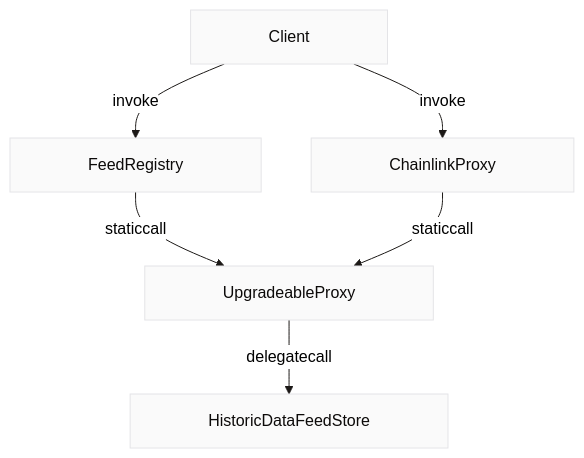
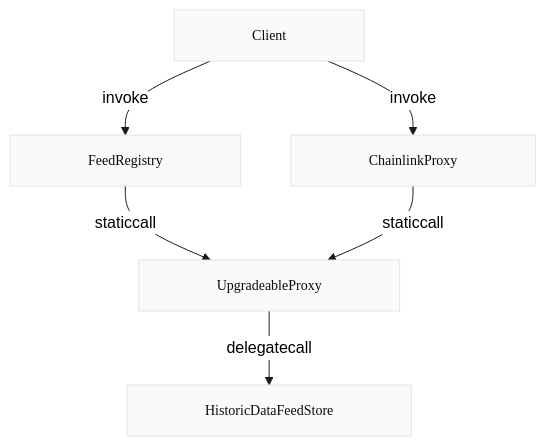
The diagram in apps/docs.blocksense.network/pages/docs/contracts/index.mdx (blocksense-network/blocksense-infra-test), drawn with Mermaid before and after one commit. The commit also changed 36 other files, not shown here.

````diff
--- a/apps/docs.blocksense.network/pages/docs/contracts/index.mdx
+++ b/apps/docs.blocksense.network/pages/docs/contracts/index.mdx
@@ -21,31 +21,31 @@
 ```mermaid
 ---
 config:
     rightAngles: true
     theme: neutral
     primaryColor: "#d0d0d0"
     signalColor: "FF0000"
     signalTextColor: "#808080"
 ---
 graph TD
-    classDef clientNode fill:#fafafa,color:#0c0a09,stroke:#e4e4e7,stroke-width:1px,shadow:2px 2px 5px #888888, display:block, padding:0rem 3rem;
-    classDef feedNode fill:#fafafa,color:#0c0a09,stroke:#e4e4e7,stroke-width:1px,shadow:2px 2px 5px #888888, display:block, padding:0rem 3rem;
-    classDef proxyNode fill:#fafafa,color:#0c0a09,stroke:#e4e4e7,stroke-width:1px,shadow:2px 2px 5px #888888, display:block, padding:0rem 3rem;
-    classDef dataNode fill:#fafafa,color:#0c0a09,stroke:#e4e4e7,stroke-width:1px,shadow:2px 2px 5px #888888, display:block, padding:0rem 3rem;
+    classDef clientNode fill:#fafafa,color:#0c0a09,stroke:#e4e4e7,stroke-width:1px,shadow:2px 2px 5px #888888, display:block, padding:0rem 3rem, font-size: 0.875rem, font-family:'Fira Code', monospace;
+    classDef feedNode fill:#fafafa,color:#0c0a09,stroke:#e4e4e7,stroke-width:1px,shadow:2px 2px 5px #888888, display:block, padding:0rem 3rem, font-size: 0.875rem, font-family:'Fira Code', monospace;
+    classDef proxyNode fill:#fafafa,color:#0c0a09,stroke:#e4e4e7,stroke-width:1px,shadow:2px 2px 5px #888888, display:block, padding:0rem 3rem, font-size: 0.875rem, font-family:'Fira Code', monospace;
+    classDef dataNode fill:#fafafa,color:#0c0a09,stroke:#e4e4e7,stroke-width:1px,shadow:2px 2px 5px #888888, display:block, padding:0rem 3rem, font-size: 0.875rem, font-family:'Fira Code', monospace;
 
     linkStyle default fill:none,stroke-width:1px,stroke:#1c1917
 
     A[Client] -->|invoke| E
     A -->|invoke| B
     B[FeedRegistry] -->|staticcall| C[UpgradeableProxy]
     C -->|delegatecall| D[HistoricDataFeedStore]
     E[ChainlinkProxy] -->|staticcall| C
 
     class A clientNode
     class B,E feedNode
     class C proxyNode
     class D dataNode
     class A,B,E invokeEdge
     class B,C,E staticcallEdge
     class C,D delegatecallEdge
 ```
````
